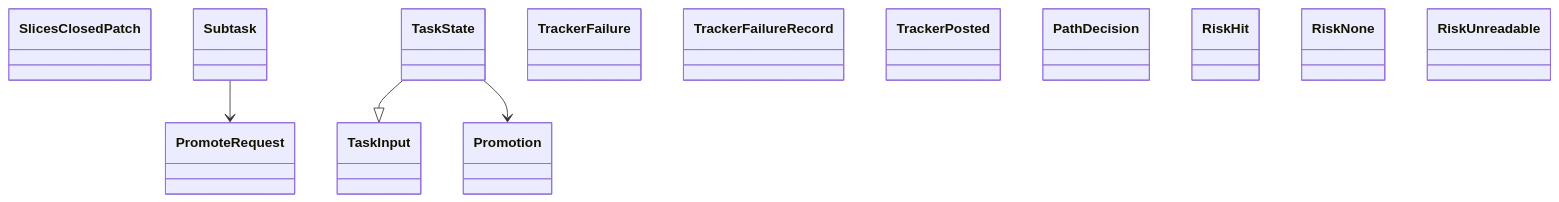
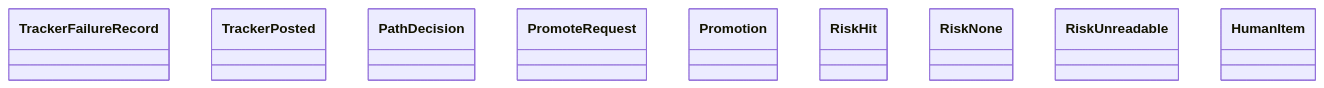
One commit to GonzaloZevallos/agentic-system changed the diagram in docs/architecture/generated/classes-process-domain-state-7.md. Above: the diagram before and after it, drawn with Mermaid. The commit also changed other lines of this file and 22 other files, not shown here.

First line of the commit message:
Persist typed tracker keys, render items in the plan view, regenerate docs

````diff
--- a/docs/architecture/generated/classes-process-domain-state-7.md
+++ b/docs/architecture/generated/classes-process-domain-state-7.md
@@ -25,19 +25,12 @@
 ```mermaid
 classDiagram
-    class task__SlicesClosedPatch["SlicesClosedPatch"]
-    class task__Subtask["Subtask"]
-    class task__TaskInput["TaskInput"]
-    class task__TaskState["TaskState"]
-    class task__TrackerFailure["TrackerFailure"]
     class task__TrackerFailureRecord["TrackerFailureRecord"]
     class task__TrackerPosted["TrackerPosted"]
     class task_path__PathDecision["PathDecision"]
     class task_path__PromoteRequest["PromoteRequest"]
     class task_path__Promotion["Promotion"]
     class task_path__RiskHit["RiskHit"]
     class task_path__RiskNone["RiskNone"]
     class task_path__RiskUnreadable["RiskUnreadable"]
-    task__Subtask --> task_path__PromoteRequest
-    task__TaskState --|> task__TaskInput
-    task__TaskState --> task_path__Promotion
+    class tracker_items__HumanItem["HumanItem"]
 ```
````
